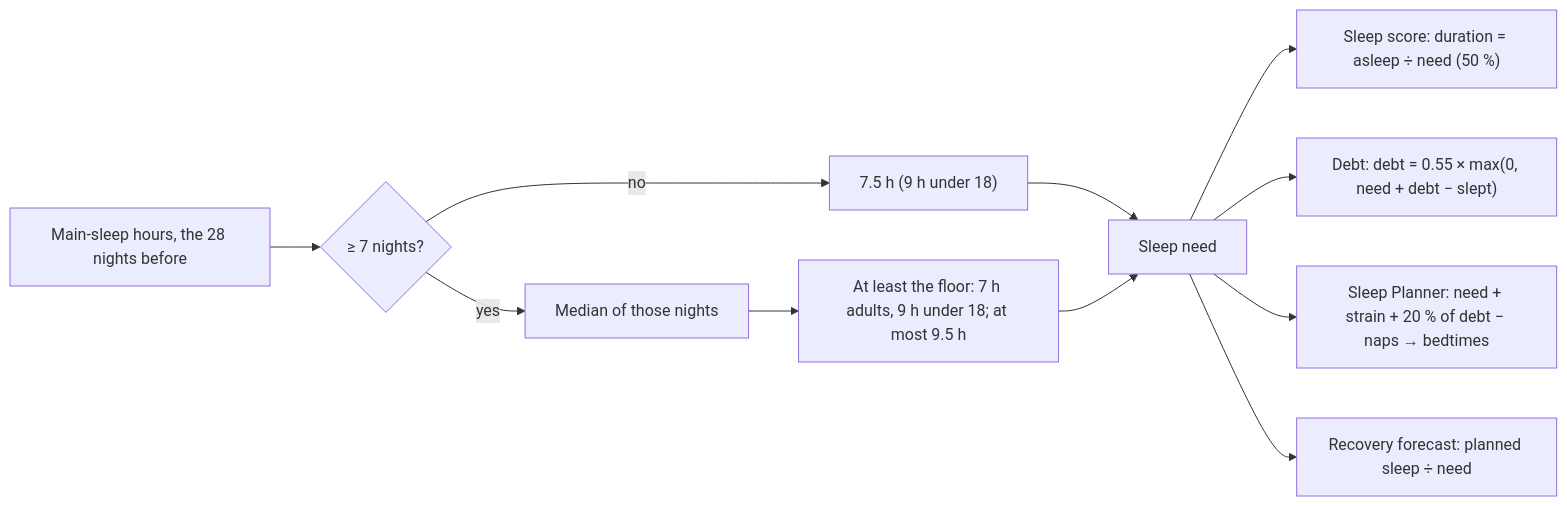
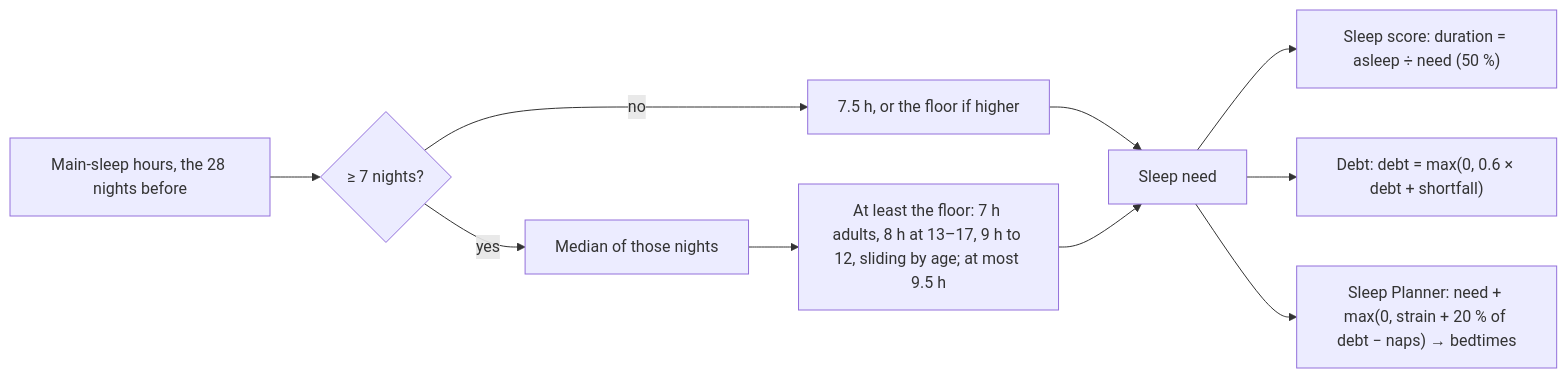
One commit to RohitDhatrak/pulse changed the diagram in docs/algorithms/sleep-need.md. Above: the diagram before and after it, drawn with Mermaid. The commit also changed other lines of this file and 32 other files, not shown here.

````diff
--- a/docs/algorithms/sleep-need.md
+++ b/docs/algorithms/sleep-need.md
@@ -10,13 +10,12 @@
 ```mermaid
 flowchart LR
   N["Main-sleep hours, the 28 nights before"] --> Q{"≥ 7 nights?"}
-  Q -->|no| D["7.5 h (9 h under 18)"]
+  Q -->|no| D["7.5 h, or the floor if higher"]
   Q -->|yes| M["Median of those nights"]
-  M --> F["At least the floor: 7 h adults, 9 h under 18; at most 9.5 h"]
+  M --> F["At least the floor: 7 h adults, 8 h at 13–17, 9 h to 12, sliding by age; at most 9.5 h"]
   D --> NEED[Sleep need]
   F --> NEED
   NEED --> S["Sleep score: duration = asleep ÷ need (50 %)"]
-  NEED --> L["Debt: debt = 0.55 × max(0, need + debt − slept)"]
-  NEED --> P["Sleep Planner: need + strain + 20 % of debt − naps → bedtimes"]
-  NEED --> FC["Recovery forecast: planned sleep ÷ need"]
+  NEED --> L["Debt: debt = max(0, 0.6 × debt + shortfall)"]
+  NEED --> P["Sleep Planner: need + max(0, strain + 20 % of debt − naps) → bedtimes"]
 ```
````
